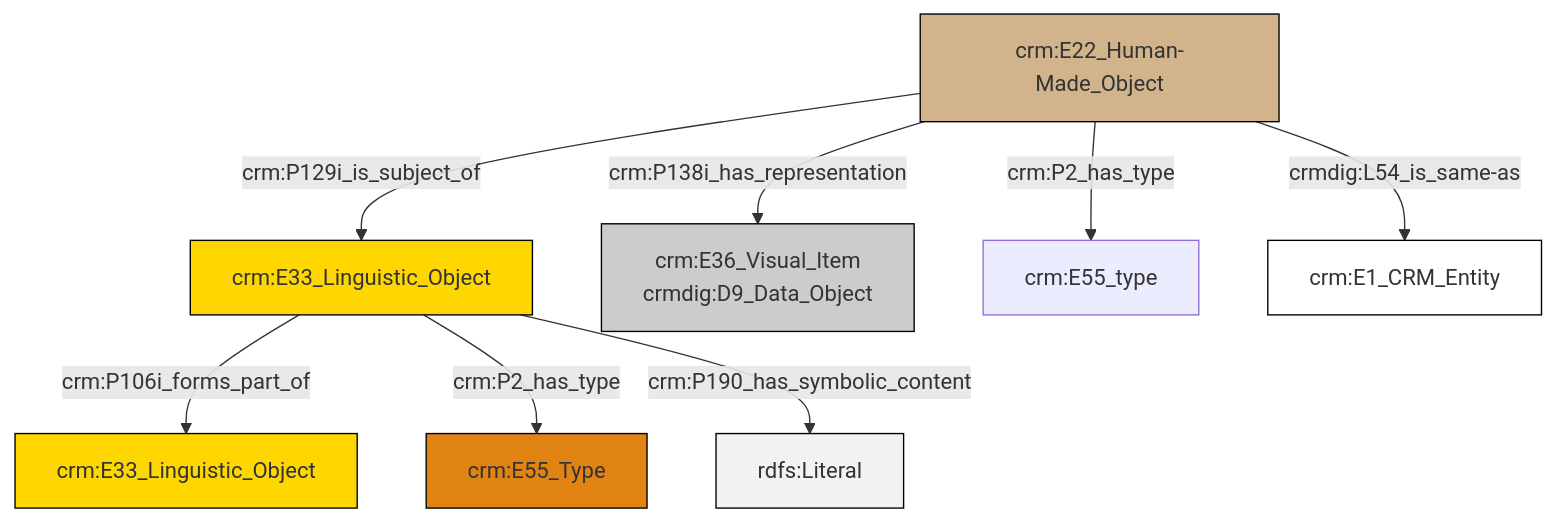
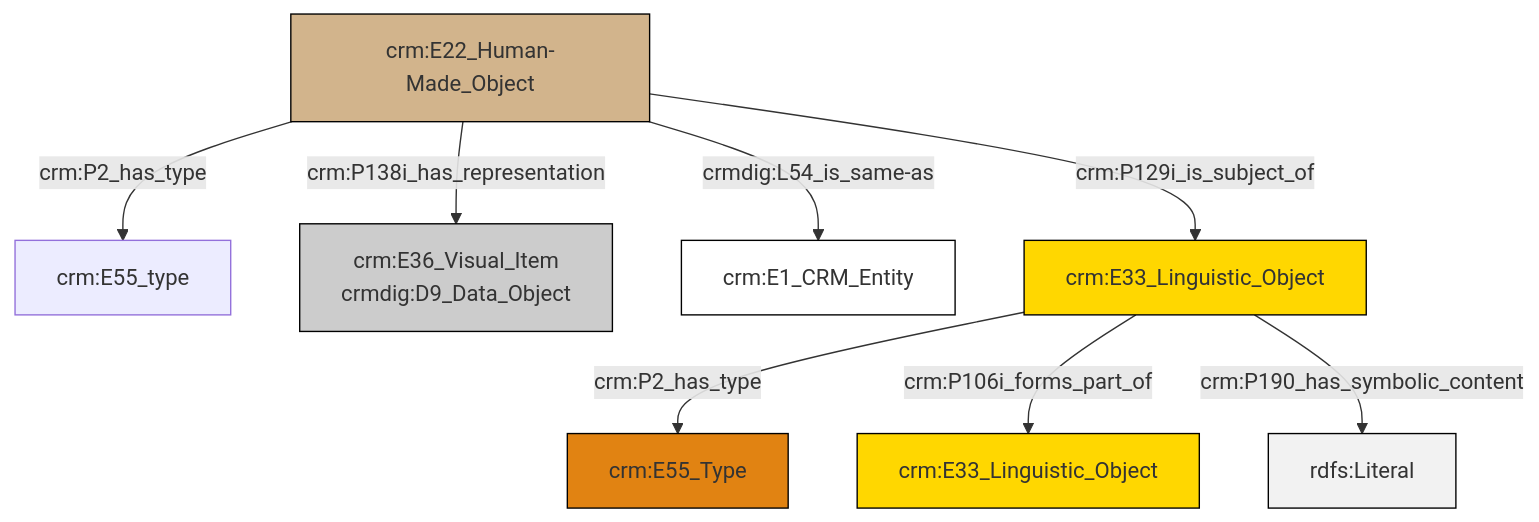
One commit to swiss-art-research-net/reference-data-models changed the diagram in et/artworkCSV/ttl/mmd/Artwork_Documentation.ttl.mmd. Above: the diagram before and after it, drawn with Mermaid. The commit also changed 148 other files, not shown here.

```diff
--- a/et/artworkCSV/ttl/mmd/Artwork_Documentation.ttl.mmd
+++ b/et/artworkCSV/ttl/mmd/Artwork_Documentation.ttl.mmd
@@ -1,22 +1,22 @@
 graph TD
 classDef Literal fill:#f2f2f2,stroke:#000000;
 classDef CRM_Entity fill:#FFFFFF,stroke:#000000;
 classDef Temporal_Entity fill:#00C9E6, stroke:#000000;
 classDef Type fill:#E18312, stroke:#000000;
 classDef Time-Span fill:#2C9C91, stroke:#000000;
 classDef Appellation fill:#FFEB7F, stroke:#000000;
 classDef Place fill:#008836, stroke:#000000;
 classDef Persistent_Item fill:#B266B2, stroke:#000000;
 classDef Conceptual_Object fill:#FFD700, stroke:#000000;
 classDef Physical_Thing fill:#D2B48C, stroke:#000000;
 classDef Actor fill:#f58aad, stroke:#000000;
 classDef PC_Classes fill:#4ce600, stroke:#000000;
 classDef Multi fill:#cccccc,stroke:#000000;
 
-0["crm:E22_Human-Made_Object"]:::Physical_Thing -->|crm:P129i_is_subject_of| 1["crm:E33_Linguistic_Object"]:::Conceptual_Object
-1["crm:E33_Linguistic_Object"]:::Conceptual_Object -->|crm:P106i_forms_part_of| 5["crm:E33_Linguistic_Object"]:::Conceptual_Object
-0["crm:E22_Human-Made_Object"]:::Physical_Thing -->|crm:P2_has_type| 9["crm:E55_type"]:::Default
-0["crm:E22_Human-Made_Object"]:::Physical_Thing -->|crm:P138i_has_representation| 6["crm:E36_Visual_Item<br>crmdig:D9_Data_Object"]:::Multi
-1["crm:E33_Linguistic_Object"]:::Conceptual_Object -->|crm:P2_has_type| 3["crm:E55_Type"]:::Type
-1["crm:E33_Linguistic_Object"]:::Conceptual_Object -->|crm:P190_has_symbolic_content| 11[rdfs:Literal]:::Literal
-0["crm:E22_Human-Made_Object"]:::Physical_Thing -->|crmdig:L54_is_same-as| 14["crm:E1_CRM_Entity"]:::CRM_Entity
+4["crm:E22_Human-Made_Object"]:::Physical_Thing -->|crm:P138i_has_representation| 5["crm:E36_Visual_Item<br>crmdig:D9_Data_Object"]:::Multi
+9["crm:E33_Linguistic_Object"]:::Conceptual_Object -->|crm:P2_has_type| 2["crm:E55_Type"]:::Type
+4["crm:E22_Human-Made_Object"]:::Physical_Thing -->|crm:P2_has_type| 0["crm:E55_type"]:::Default
+9["crm:E33_Linguistic_Object"]:::Conceptual_Object -->|crm:P106i_forms_part_of| 10["crm:E33_Linguistic_Object"]:::Conceptual_Object
+4["crm:E22_Human-Made_Object"]:::Physical_Thing -->|crmdig:L54_is_same-as| 6["crm:E1_CRM_Entity"]:::CRM_Entity
+4["crm:E22_Human-Made_Object"]:::Physical_Thing -->|crm:P129i_is_subject_of| 9["crm:E33_Linguistic_Object"]:::Conceptual_Object
+9["crm:E33_Linguistic_Object"]:::Conceptual_Object -->|crm:P190_has_symbolic_content| 14[rdfs:Literal]:::Literal
```
